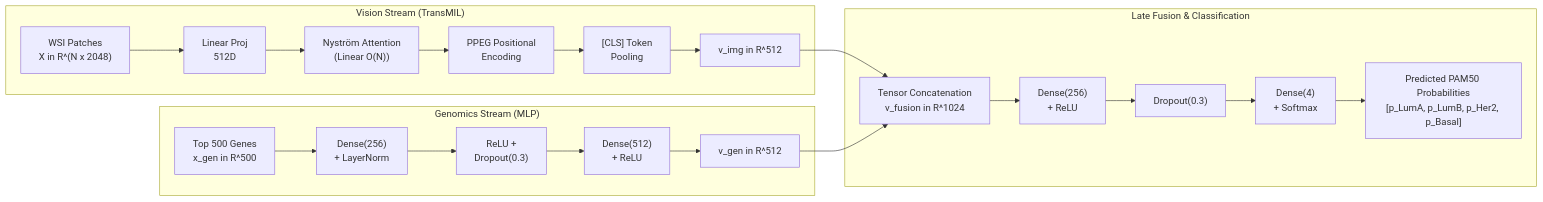
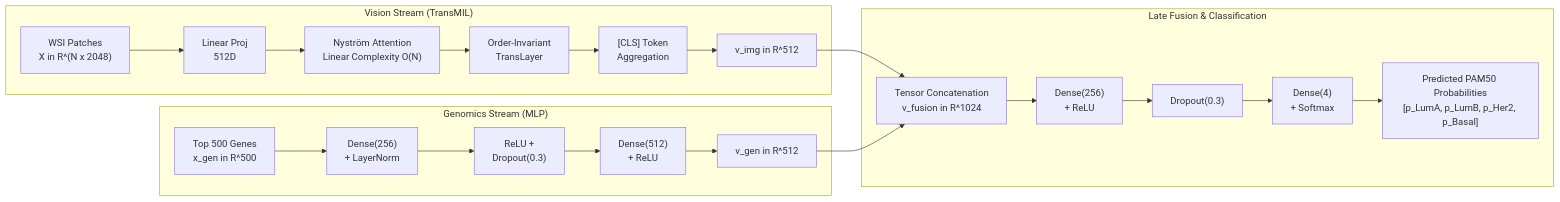
The sixth of 9 diagrams in README.md (Cheesenoice/breast-cancer-cdss), drawn with Mermaid before and after one commit. The commit also changed other lines of this file, not shown here.

````diff
--- a/README.md
+++ b/README.md
@@ -412,25 +412,25 @@
 ```mermaid
 flowchart LR
     subgraph V_STREAM["Vision Stream (TransMIL)"]
         WSI_IN["WSI Patches<br/>X in R^(N x 2048)"] --> FC_V["Linear Proj<br/>512D"]
-        FC_V --> NYST["Nyström Attention<br/>(Linear O(N))"]
-        NYST --> PPEG_L["PPEG Positional<br/>Encoding"]
-        PPEG_L --> CLS_T["[CLS] Token<br/>Pooling"]
+        FC_V --> NYST["Nyström Attention<br/>Linear Complexity O(N)"]
+        NYST --> PPEG_L["Order-Invariant<br/>TransLayer"]
+        PPEG_L --> CLS_T["[CLS] Token<br/>Aggregation"]
         CLS_T --> V_IMG["v_img in R^512"]
     end
 
     subgraph G_STREAM["Genomics Stream (MLP)"]
         GEN_IN["Top 500 Genes<br/>x_gen in R^500"] --> G_D1["Dense(256)<br/>+ LayerNorm"]
         G_D1 --> G_R1["ReLU +<br/>Dropout(0.3)"]
         G_R1 --> G_D2["Dense(512)<br/>+ ReLU"]
         G_D2 --> V_GEN["v_gen in R^512"]
     end
 
     subgraph FUSION_BLOCK["Late Fusion & Classification"]
         V_IMG & V_GEN --> CONCAT["Tensor Concatenation<br/>v_fusion in R^1024"]
         CONCAT --> HEAD_D1["Dense(256)<br/>+ ReLU"]
         HEAD_D1 --> HEAD_DROP["Dropout(0.3)"]
         HEAD_DROP --> HEAD_D2["Dense(4)<br/>+ Softmax"]
         HEAD_D2 --> PROBS["Predicted PAM50 Probabilities<br/>[p_LumA, p_LumB, p_Her2, p_Basal]"]
     end
 ```
````
